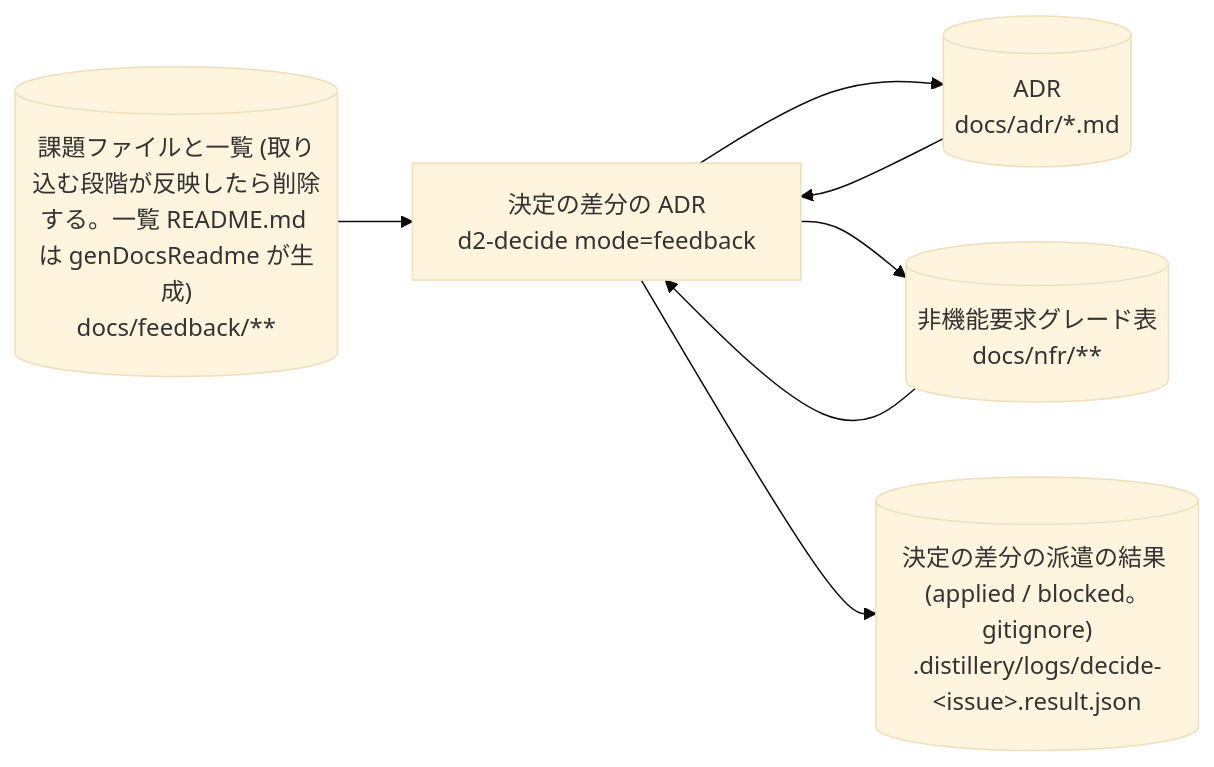
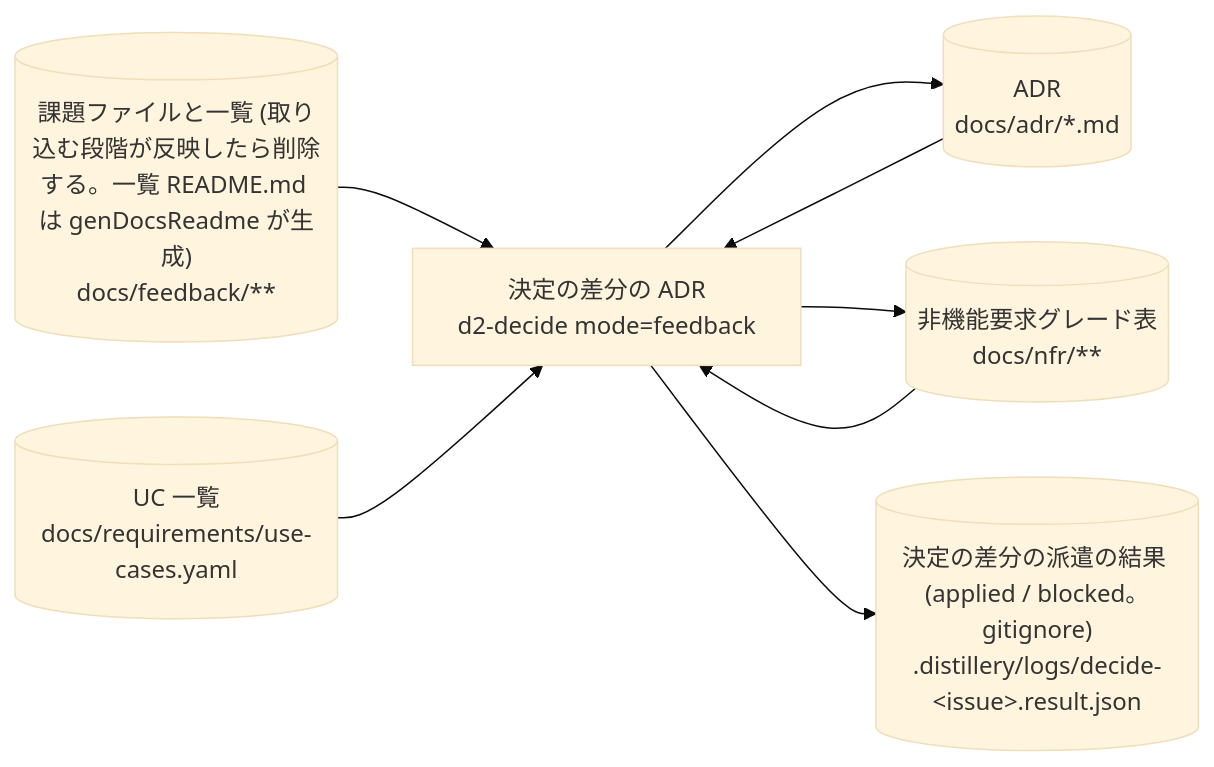
The tenth of 53 diagrams in plugins/distillery2/skills/d2-common/references/dataflow.md (suwa-sh/suwa-sh-claude-plugins), drawn with Mermaid (base theme) before and after one commit. The commit also changed other lines of this file and 71 other files, not shown here.

````diff
--- a/plugins/distillery2/skills/d2-common/references/dataflow.md
+++ b/plugins/distillery2/skills/d2-common/references/dataflow.md
@@ -296,14 +296,16 @@
 ```mermaid
 flowchart LR
   p_decide_feedback["決定の差分の ADR<br/>d2-decide mode=feedback"]
   s_feedback_docs[("課題ファイルと一覧 (取り込む段階が反映したら削除する。一覧 README.md は genDocsReadme が生成)<br/>docs/feedback/**")]
   s_adr[("ADR<br/>docs/adr/*.md")]
   s_nfr[("非機能要求グレード表<br/>docs/nfr/**")]
+  s_use_cases[("UC 一覧<br/>docs/requirements/use-cases.yaml")]
   s_decide_result[("決定の差分の派遣の結果 (applied / blocked。gitignore)<br/>.distillery/logs/decide-#lt;issue#gt;.result.json")]
   s_feedback_docs --> p_decide_feedback
   s_adr --> p_decide_feedback
   s_nfr --> p_decide_feedback
+  s_use_cases --> p_decide_feedback
   p_decide_feedback --> s_adr
   p_decide_feedback --> s_nfr
   p_decide_feedback --> s_decide_result
 ```
````
